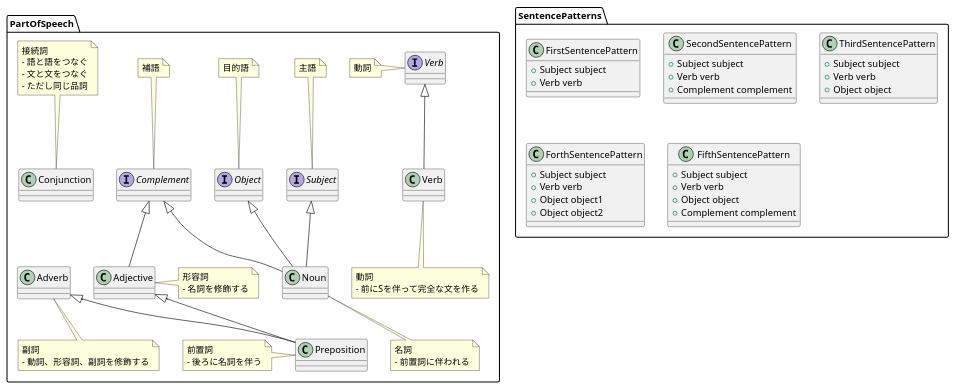
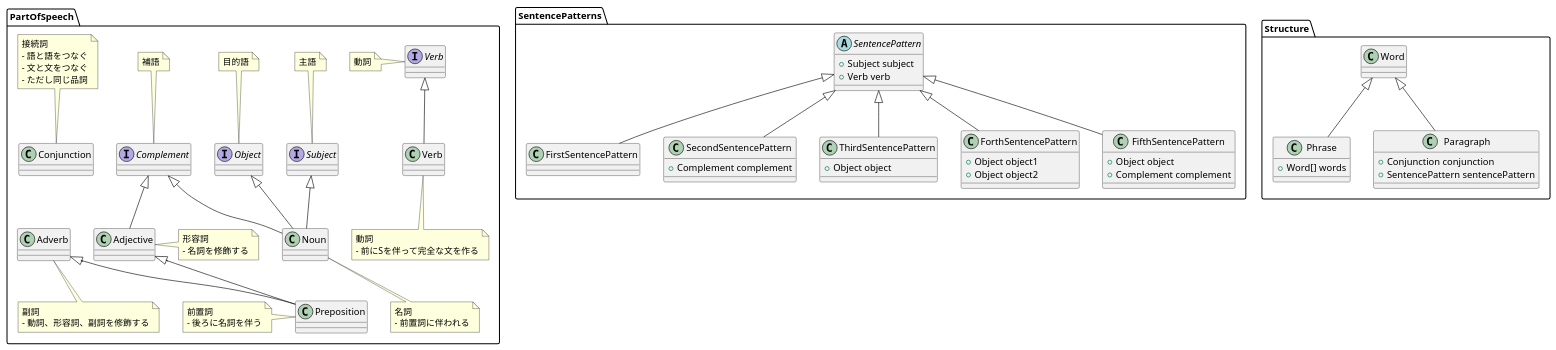
One commit to JHashimoto0518/structure-of-english changed the diagram in docs/diagrams/src/class_diagram.pu. Above: the diagram before and after it, drawn with PlantUML.

Commit message:
add Structure package

```diff
--- a/docs/diagrams/src/class_diagram.pu
+++ b/docs/diagrams/src/class_diagram.pu
@@ -1,87 +1,103 @@
 @startuml Structure of English
 
 package PartOfSpeech {
     interface Subject
     note top : 主語
 
     interface "Verb" as IVerb
     note left : 動詞
 
     interface Object
     note top : 目的語
 
     interface Complement
     note top : 補語
 
     class Noun {
     }
     note bottom : 名詞\n- 前置詞に伴われる
 
     Subject <|-- Noun
     Object <|-- Noun
     Complement <|-- Noun
 
     class Verb {
 
     }
     note bottom : 動詞\n- 前にSを伴って完全な文を作る
     IVerb <|-- Verb
 
     class Adjective {
 
     }
     note right : 形容詞\n- 名詞を修飾する
     Complement <|-- Adjective
 
     class Adverb {
 
     }
     note bottom : 副詞\n- 動詞、形容詞、副詞を修飾する
 
     class Preposition {
 
     }
     note left : 前置詞\n- 後ろに名詞を伴う
     Adjective <|-- Preposition
     Adverb <|-- Preposition
 
     class Conjunction {
 
     }
     note top : 接続詞\n- 語と語をつなぐ\n- 文と文をつなぐ\n- ただし同じ品詞
 }
 
 package SentencePatterns {
-
-    class FirstSentencePattern {
+    abstract class SentencePattern {
         + Subject subject
         + Verb verb
     }
 
+    class FirstSentencePattern {
+    }
+    SentencePattern <|-- FirstSentencePattern
+
     class SecondSentencePattern {
-        + Subject subject
-        + Verb verb
         + Complement complement
     }
+    SentencePattern <|-- SecondSentencePattern
 
     class ThirdSentencePattern {
-        + Subject subject
-        + Verb verb
         + Object object
     }
+    SentencePattern <|-- ThirdSentencePattern
 
     class ForthSentencePattern {
-        + Subject subject
-        + Verb verb
         + Object object1
         + Object object2
     }
+    SentencePattern <|-- ForthSentencePattern
 
     class FifthSentencePattern {
-        + Subject subject
-        + Verb verb
         + Object object
         + Complement complement
     }
+    SentencePattern <|-- FifthSentencePattern
+}
+
+package Structure {
+    class Word {
+
+    }
+
+    class Phrase {
+        + Word[] words
+    }
+    Word <|-- Phrase
+
+    class Paragraph {
+        + Conjunction conjunction
+        + SentencePattern sentencePattern
+    }
+    Word <|-- Paragraph
 }
 @enduml
```
